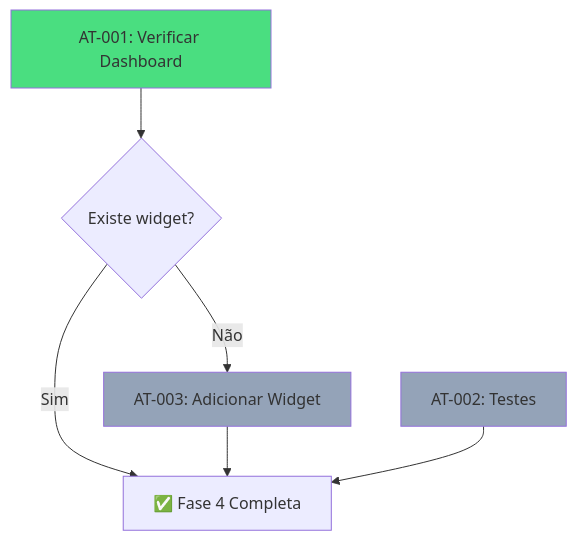
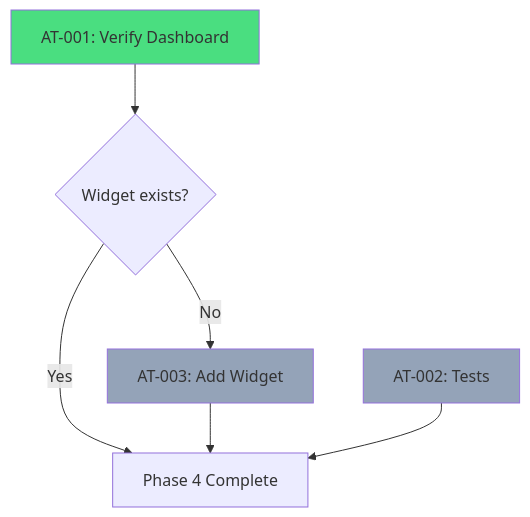
Before and after one commit to xldeveloper/grupous-neondash: the diagram in docs/PLAN-fase-4-logica-progresso.md, drawn with Mermaid. The commit also changed other lines of this file and 166 other files, not shown here.

````diff
--- a/docs/PLAN-fase-4-logica-progresso.md
+++ b/docs/PLAN-fase-4-logica-progresso.md
@@ -224,13 +224,13 @@
 ```mermaid
 graph TD
-    AT001[AT-001: Verificar Dashboard] --> Decision{Existe widget?}
-    Decision -->|Não| AT003[AT-003: Adicionar Widget]
-    Decision -->|Sim| Done[✅ Fase 4 Completa]
+    AT001[AT-001: Verify Dashboard] --> Decision{Widget exists?}
+    Decision -->|No| AT003[AT-003: Add Widget]
+    Decision -->|Yes| Done[Phase 4 Complete]
     AT003 --> Done
 
-    AT002[AT-002: Testes] --> Done
+    AT002[AT-002: Tests] --> Done
 
     style AT001 fill:#4ade80
     style AT002 fill:#94a3b8
     style AT003 fill:#94a3b8
 ```
````
